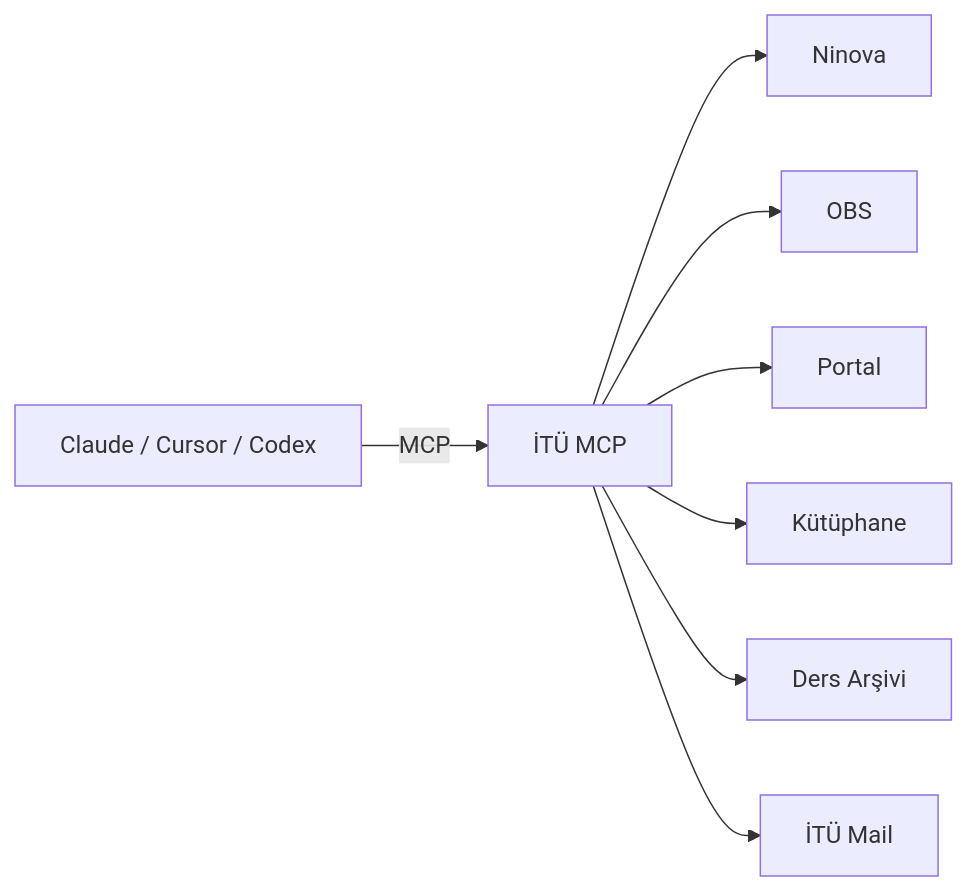
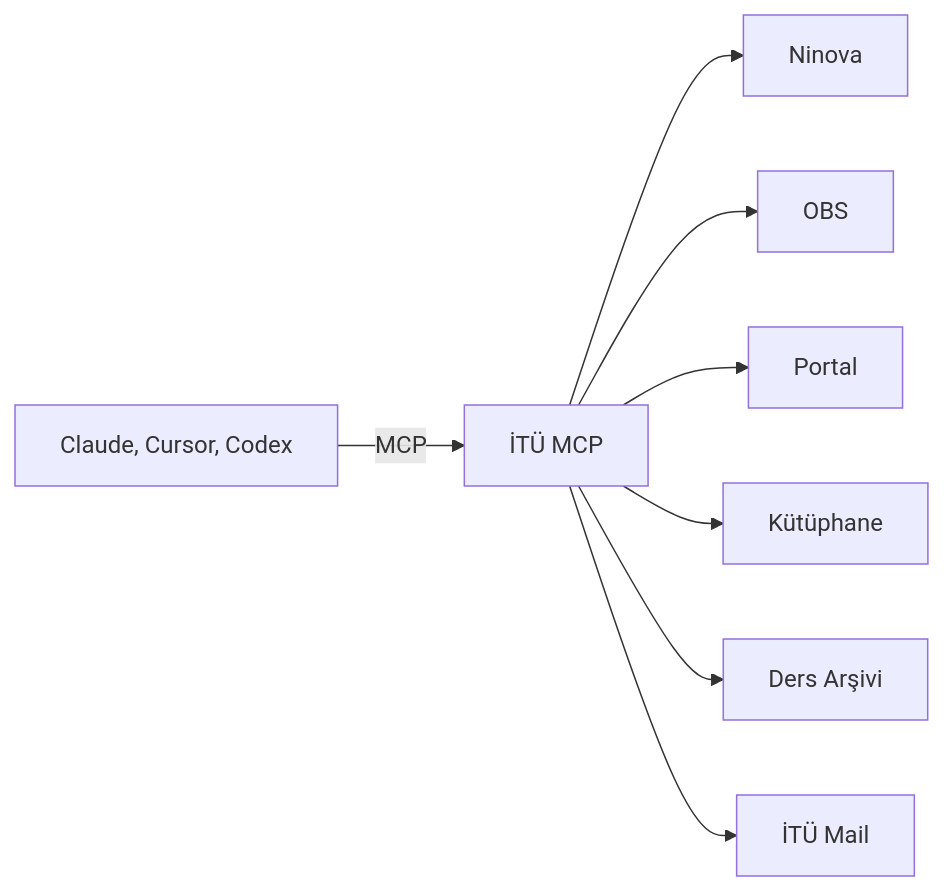
The diagram in README.md (yatuk/itu-mcp), drawn with Mermaid before and after one commit.

Commit message:
fix: readme mermaid etiketleri tirnaklandi, slash karakteri kaldirildi

````diff
--- a/README.md
+++ b/README.md
@@ -54,10 +54,10 @@
 ```mermaid
 graph LR
-    istemci[Claude / Cursor / Codex] -->|MCP| sunucu[İTÜ MCP]
-    sunucu --> ninova[Ninova]
-    sunucu --> obs[OBS]
-    sunucu --> portal[Portal]
-    sunucu --> kutuphane[Kütüphane]
-    sunucu --> arsiv[Ders Arşivi]
-    sunucu --> mail[İTÜ Mail]
+    istemci["Claude, Cursor, Codex"] -->|"MCP"| sunucu["İTÜ MCP"]
+    sunucu --> ninova["Ninova"]
+    sunucu --> obs["OBS"]
+    sunucu --> portal["Portal"]
+    sunucu --> kutuphane["Kütüphane"]
+    sunucu --> arsiv["Ders Arşivi"]
+    sunucu --> mail["İTÜ Mail"]
 ```
````
